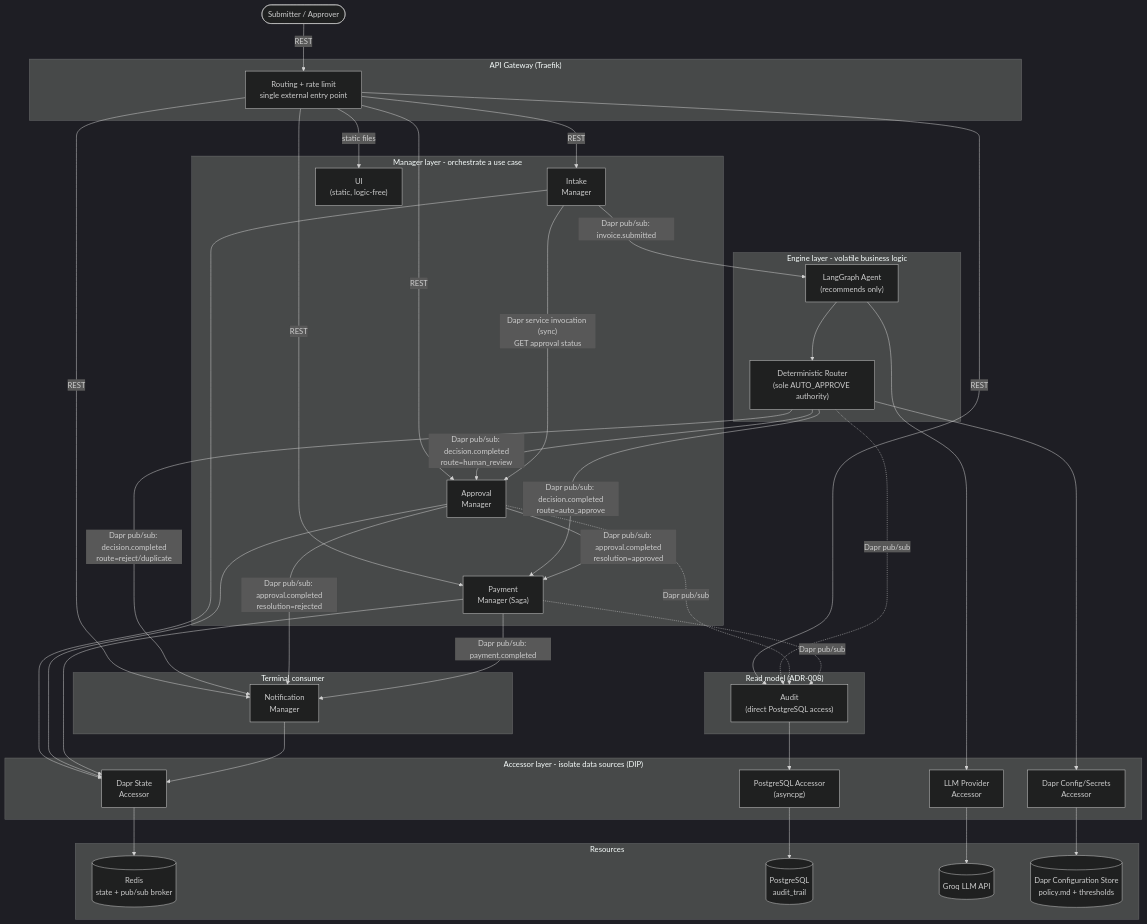
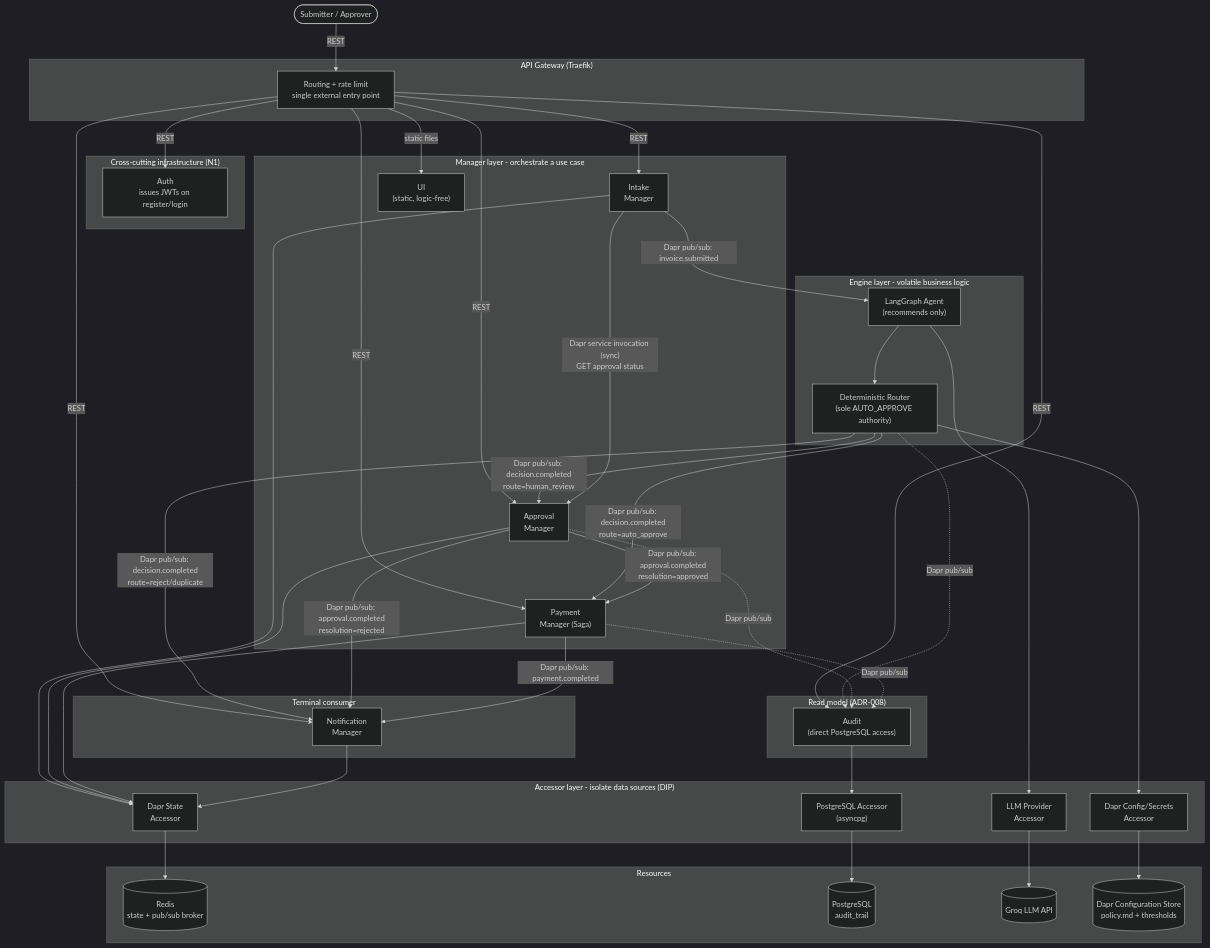
One commit to miryamizadka/invoice-approval-workflow changed the first of 3 diagrams in README.md. Above: the diagram before and after it, drawn with Mermaid (dark theme). The commit also changed other lines of this file and 2 other files, not shown here.

Commit message:
Sync architecture docs with Auth (N1) and Bulkhead/Throttling (N3)
Auth and the N3 reliability wrappers were richly documented in
ARCHITECTURE.md §12, but never made it into the system diagrams,
service-decomposition table, or IDesign layer mapping (§3/§4/§5), and
README.md still said "eight containers" in one place while correctly
saying "nine services" a few paragraphs later.

- README.md: fix the stale container count; add Auth to the Mermaid
  diagram as cross-cutting infrastructure (not a Manager); note that
  every service verifies JWTs locally rather than calling Auth per request.
- ARCHITECTURE.md: add Auth to §3's diagram, §4's service table (with
  its own prose paragraph), and §5's IDesign mapping - including where
  Bulkhead/Throttling fit (wrappers at construction sites, not a new
  layer or new services) and a "shared/ is for cross-service primitives
  only" rule.
- ADR-003: its "6 components" line predates Audit and UI, not just
  Auth. Added a separate, clearly-marked "Update" section recording
  what changed and why, without rewriting the original decision text -
  ADRs are meant to be human-authored in this project.

````diff
--- a/README.md
+++ b/README.md
@@ -40,76 +40,81 @@
 ```mermaid
 flowchart TB
     USER(["Submitter / Approver"]) -->|REST| GW
 
     subgraph GWLANE["API Gateway (Traefik)"]
         GW["Routing + rate limit<br/>single external entry point"]
     end
 
+    GW -->|REST| AUTH
     GW -->|REST| IN
     GW -->|REST| AP
     GW -->|REST| PM
     GW -->|REST| NT
     GW -->|REST| AU
     GW -->|static files| UISV
+
+    subgraph CROSSCUT["Cross-cutting infrastructure (N1)"]
+        AUTH["Auth<br/>issues JWTs on register/login"]
+    end
 
     subgraph MANAGERS["Manager layer - orchestrate a use case"]
         IN["Intake<br/>Manager"]
         AP["Approval<br/>Manager"]
         PM["Payment<br/>Manager (Saga)"]
         UISV["UI<br/>(static, logic-free)"]
     end
 
     subgraph ENGINES["Engine layer - volatile business logic"]
         AG["LangGraph Agent<br/>(recommends only)"]
         RT["Deterministic Router<br/>(sole AUTO_APPROVE authority)"]
     end
 
     IN -->|"Dapr pub/sub: invoice.submitted"| AG
     AG --> RT
     RT -->|"Dapr pub/sub: decision.completed<br/>route=human_review"| AP
     RT -->|"Dapr pub/sub: decision.completed<br/>route=auto_approve"| PM
     AP -->|"Dapr pub/sub: approval.completed<br/>resolution=approved"| PM
     RT -->|"Dapr pub/sub: decision.completed<br/>route=reject/duplicate"| NT
     AP -->|"Dapr pub/sub: approval.completed<br/>resolution=rejected"| NT
     PM -->|"Dapr pub/sub: payment.completed"| NT
     IN -->|"Dapr service invocation (sync)<br/>GET approval status"| AP
 
     subgraph CONSUMERS["Terminal consumer"]
         NT["Notification<br/>Manager"]
     end
 
     subgraph AUDITLANE["Read model (ADR-008)"]
         AU["Audit<br/>(direct PostgreSQL access)"]
     end
 
     RT -.->|"Dapr pub/sub"| AU
     AP -.->|"Dapr pub/sub"| AU
     PM -.->|"Dapr pub/sub"| AU
 
     subgraph ACCESSORS["Accessor layer - isolate data sources (DIP)"]
         SA["Dapr State<br/>Accessor"]
         SC["Dapr Config/Secrets<br/>Accessor"]
         LP["LLM Provider<br/>Accessor"]
         DA["PostgreSQL Accessor<br/>(asyncpg)"]
     end
 
     IN --> SA
     AP --> SA
     PM --> SA
     NT --> SA
     AG --> LP
     RT --> SC
     AU --> DA
 
     subgraph RESOURCES["Resources"]
         REDIS[("Redis<br/>state + pub/sub broker")]
         PG[("PostgreSQL<br/>audit_trail")]
         GROQ[("Groq LLM API")]
         CFGSTORE[("Dapr Configuration Store<br/>policy.md + thresholds")]
     end
 
     SA --> REDIS
     SC --> CFGSTORE
     LP --> GROQ
     DA --> PG
 ```
````
